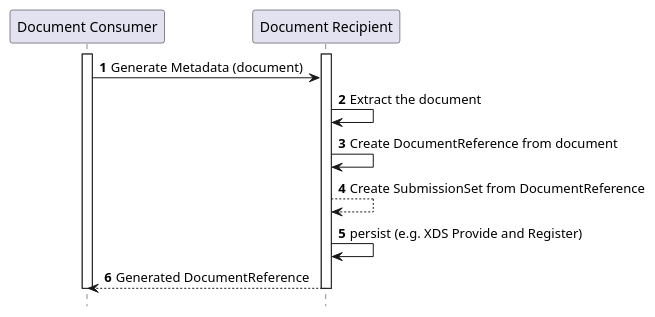
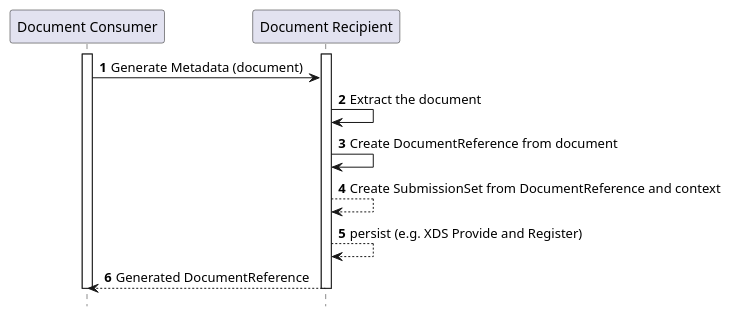
Before and after one commit to IHE/ITI.MHD: the diagram in input/images-source/ITI-106-seq.plantuml, drawn with PlantUML. The commit also changed 4 other files, not shown here.

```diff
--- a/input/images-source/ITI-106-seq.plantuml
+++ b/input/images-source/ITI-106-seq.plantuml
@@ -1,16 +1,17 @@
 @startuml
 hide footbox
 autonumber
 participant "Document Consumer" as DocumentConsumer
 participant "Document Recipient" as DocumentRecipient
+autonumber
 activate DocumentConsumer
 activate DocumentRecipient
 DocumentConsumer -> DocumentRecipient : Generate Metadata (document)
 DocumentRecipient -> DocumentRecipient : Extract the document
 DocumentRecipient -> DocumentRecipient : Create DocumentReference from document 
-DocumentRecipient --> DocumentRecipient : Create SubmissionSet from DocumentReference
-DocumentRecipient -> DocumentRecipient : persist (e.g. XDS Provide and Register)
+DocumentRecipient --> DocumentRecipient : Create SubmissionSet from DocumentReference and context
+DocumentRecipient --> DocumentRecipient : persist (e.g. XDS Provide and Register)
 DocumentConsumer <-- DocumentRecipient : Generated DocumentReference
 deactivate DocumentConsumer
 deactivate DocumentRecipient
 @enduml
```
